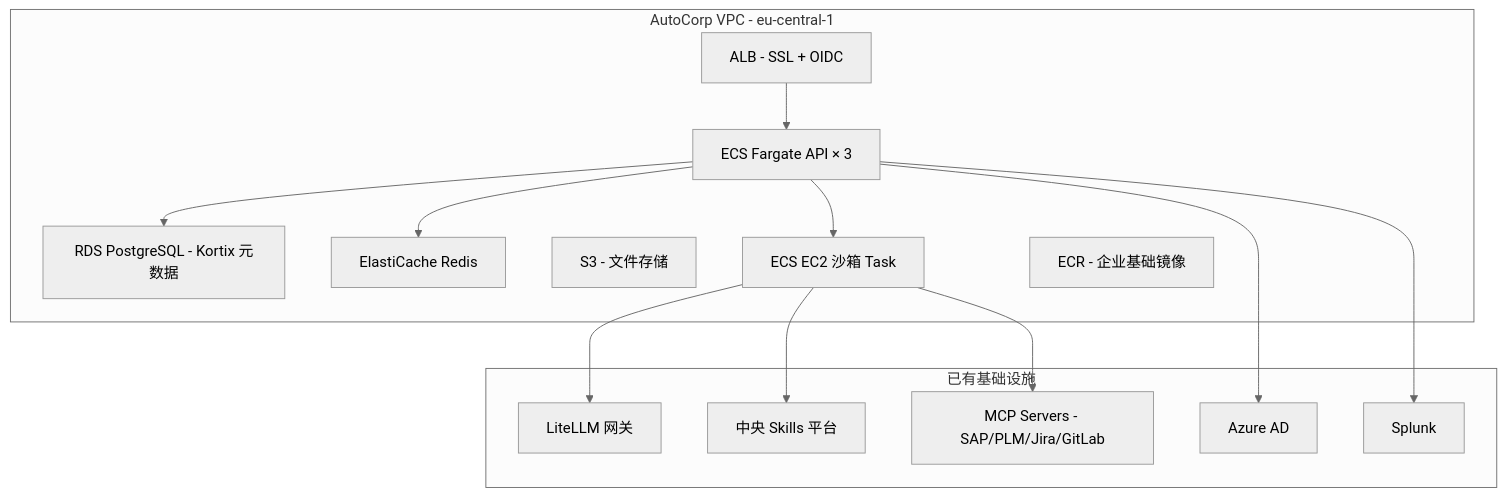
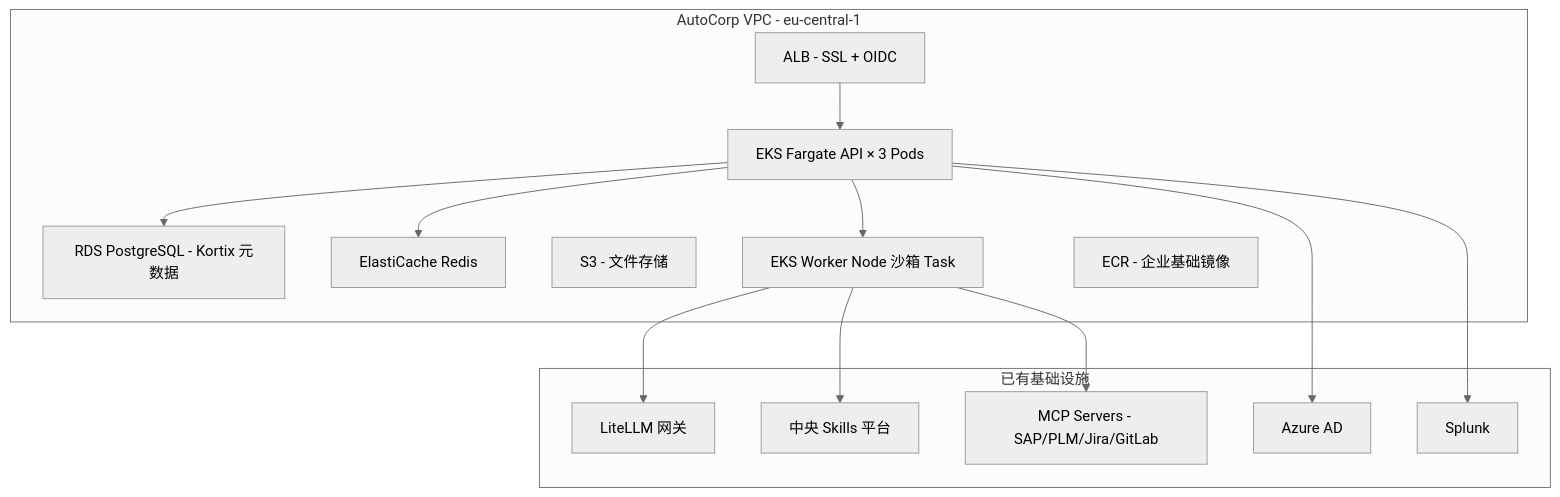
Diagram 18 of 19 in suna-deep-dive.md (SilkLee/full-stack-guide), drawn with Mermaid (neutral theme) before and after one commit. The commit also changed other lines of this file, not shown here.

Commit message:
Replace ECS with EKS: Kubernetes deployment, kubectl rollout, update glossary and CI/CD

````diff
--- a/suna-deep-dive.md
+++ b/suna-deep-dive.md
@@ -1318,28 +1318,28 @@
 ```mermaid
 flowchart TB
     subgraph VPC["AutoCorp VPC - eu-central-1"]
         ALB["ALB - SSL + OIDC"]
-        ECS["ECS Fargate API × 3"]
+        ECS["EKS Fargate API × 3 Pods"]
         RDS["RDS PostgreSQL - Kortix 元数据"]
         REDIS["ElastiCache Redis"]
         S3["S3 - 文件存储"]
-        SB["ECS EC2 沙箱 Task"]
+        SB["EKS Worker Node 沙箱 Task"]
         ECR["ECR - 企业基础镜像"]
     end
 
     subgraph EXISTING["已有基础设施"]
         LITELLM["LiteLLM 网关"]
         SKILLS["中央 Skills 平台"]
         MCP["MCP Servers - SAP/PLM/Jira/GitLab"]
         SSO["Azure AD"]
         SIEM["Splunk"]
     end
 
     ALB --> ECS
     ECS --> RDS & REDIS & SB
     ECS --> SSO
     SB --> LITELLM
     SB --> SKILLS
     SB --> MCP
     ECS --> SIEM
 ```
````
